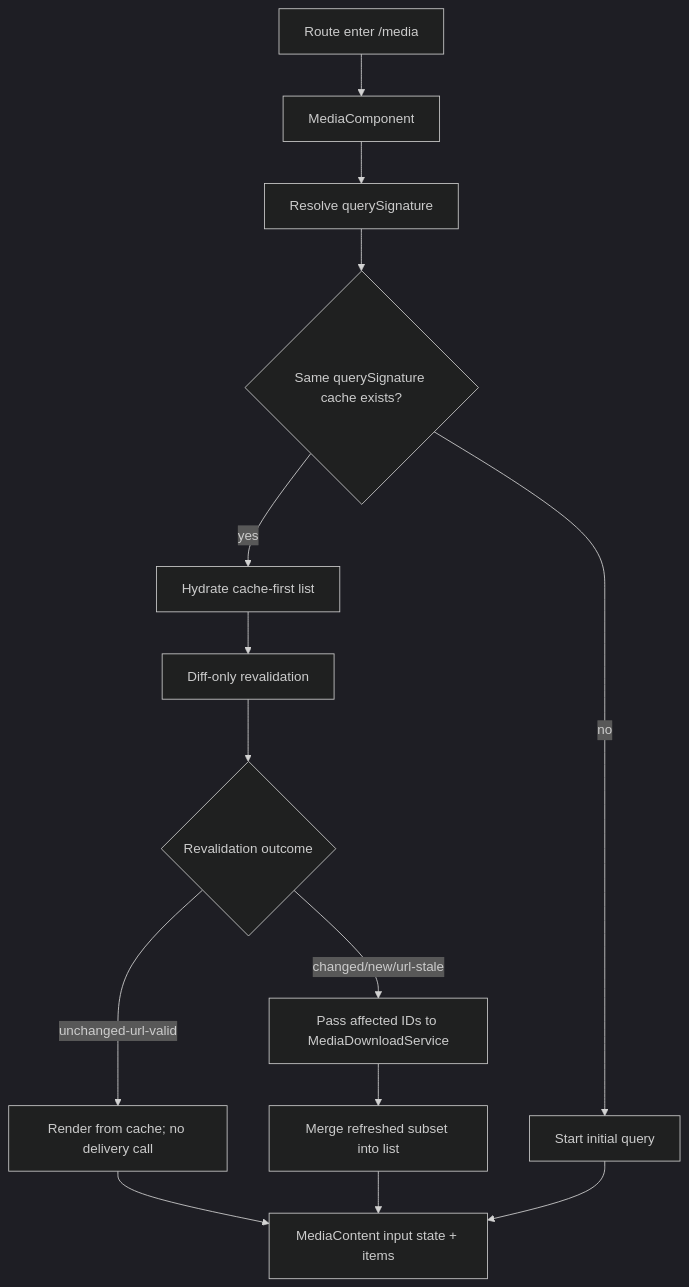
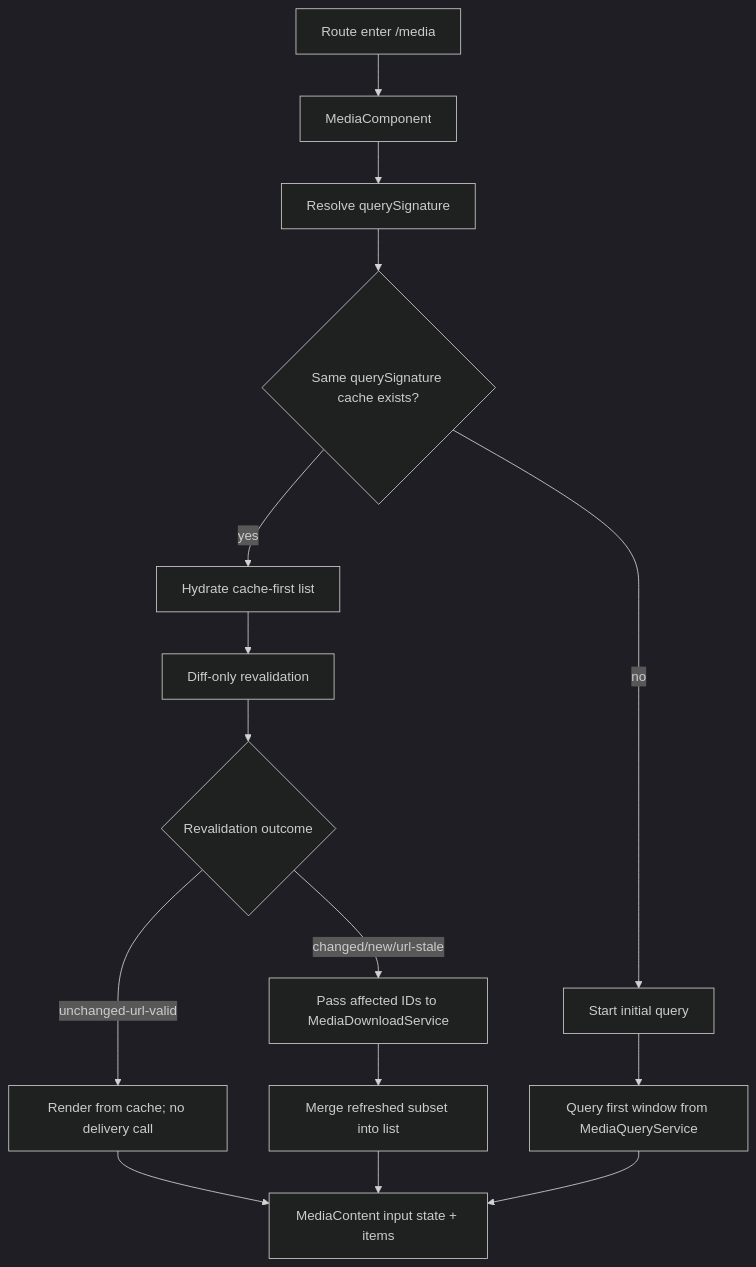
One commit to matkleve/feldpost changed the first of 2 diagrams in docs/specs/component/media.component.md. Above: the diagram before and after it, drawn with Mermaid (dark theme). The commit also changed other lines of this file and 5 other files, not shown here.

First line of the commit message:
Refactor media component architecture and error handling

````diff
--- a/docs/specs/component/media.component.md
+++ b/docs/specs/component/media.component.md
@@ -57,16 +58,17 @@
 ```mermaid
 flowchart TD
   A[Route enter /media] --> B[MediaComponent]
   B --> C[Resolve querySignature]
   C --> D{Same querySignature cache exists?}
   D -->|yes| E[Hydrate cache-first list]
   D -->|no| F[Start initial query]
   E --> G[Diff-only revalidation]
   G --> I{Revalidation outcome}
   I -->|unchanged-url-valid| J[Render from cache; no delivery call]
   I -->|changed/new/url-stale| K[Pass affected IDs to MediaDownloadService]
   K --> L[Merge refreshed subset into list]
   J --> H[MediaContent input state + items]
   L --> H
-  F --> H
+  F --> M[Query first window from MediaQueryService]
+  M --> H
 ```
````
